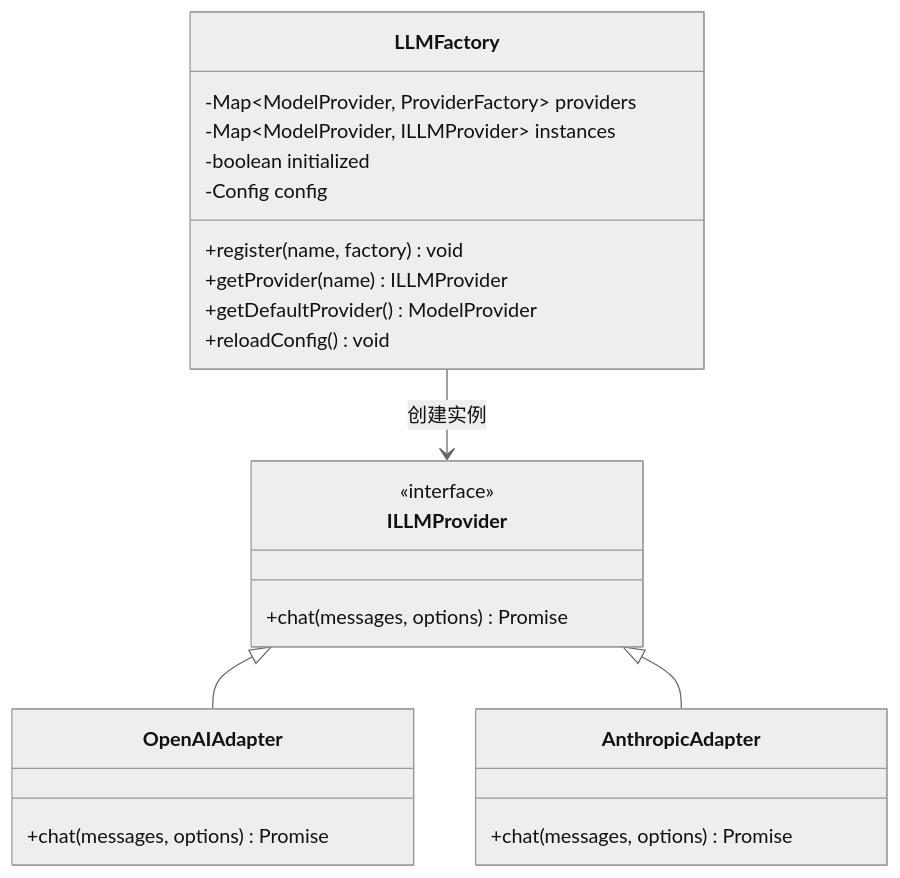
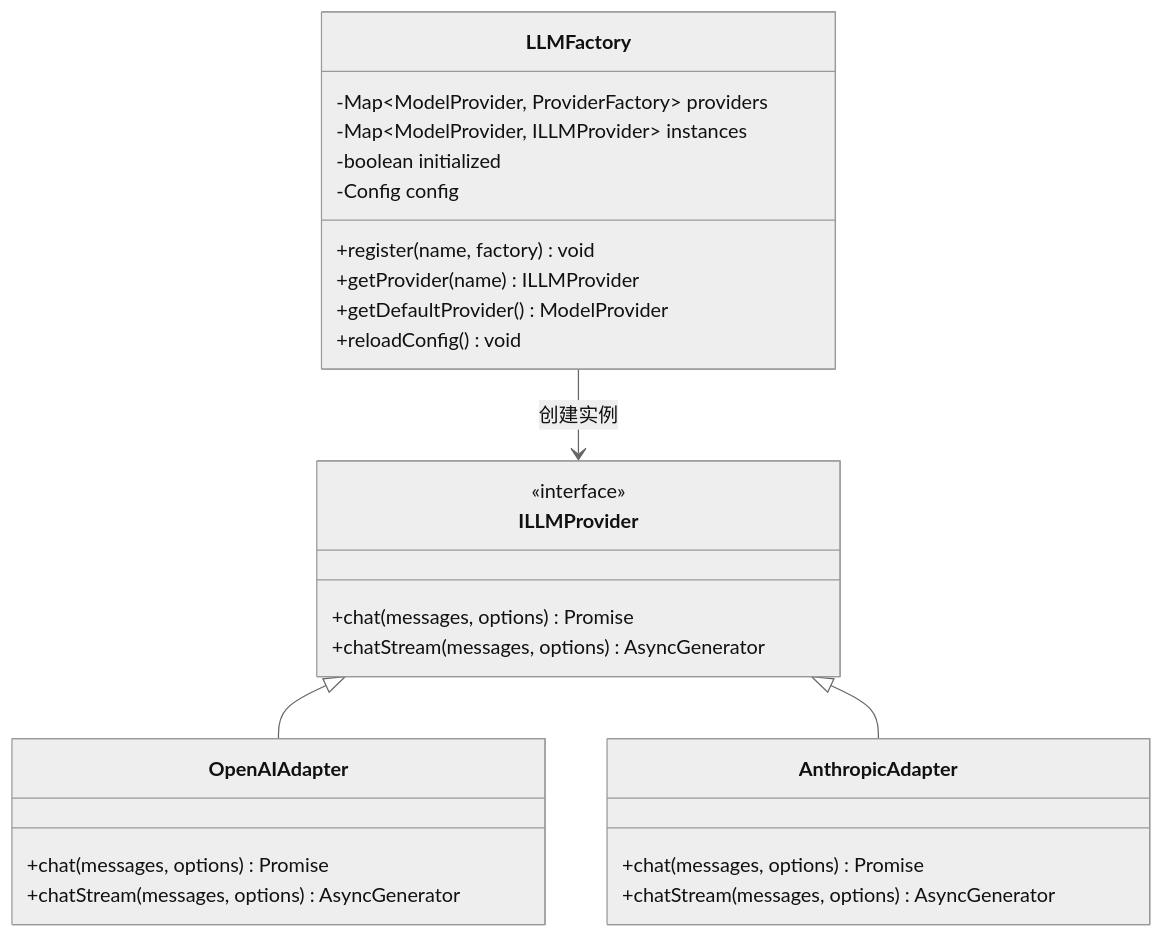
The seventh of 11 diagrams in .qoder/repowiki/zh/content/项目概述/学习笔记.md (CryptoLinxu/Web3-AI-Agent), drawn with Mermaid (neutral theme) before and after one commit. The commit also changed other lines of this file and 3 other files, not shown here.

````diff
--- a/.qoder/repowiki/zh/content/项目概述/学习笔记.md
+++ b/.qoder/repowiki/zh/content/项目概述/学习笔记.md
@@ -261,26 +270,29 @@
 ```mermaid
 classDiagram
 class LLMFactory {
 -Map~ModelProvider, ProviderFactory~ providers
 -Map~ModelProvider, ILLMProvider~ instances
 -boolean initialized
 -Config config
 +register(name, factory) void
 +getProvider(name) ILLMProvider
 +getDefaultProvider() ModelProvider
 +reloadConfig() void
 }
 class ILLMProvider {
 <<interface>>
 +chat(messages, options) Promise
++chatStream(messages, options) AsyncGenerator
 }
 class OpenAIAdapter {
 +chat(messages, options) Promise
++chatStream(messages, options) AsyncGenerator
 }
 class AnthropicAdapter {
 +chat(messages, options) Promise
++chatStream(messages, options) AsyncGenerator
 }
 LLMFactory --> ILLMProvider : 创建实例
 ILLMProvider <|-- OpenAIAdapter
 ILLMProvider <|-- AnthropicAdapter
 ```
````
